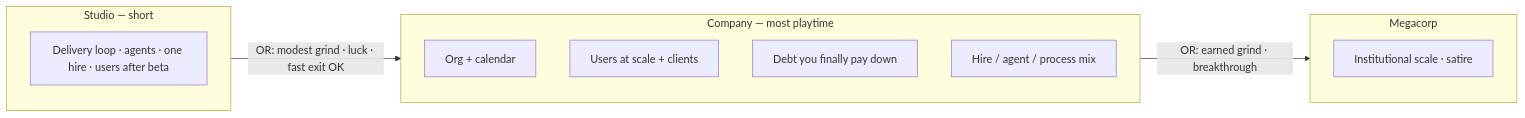
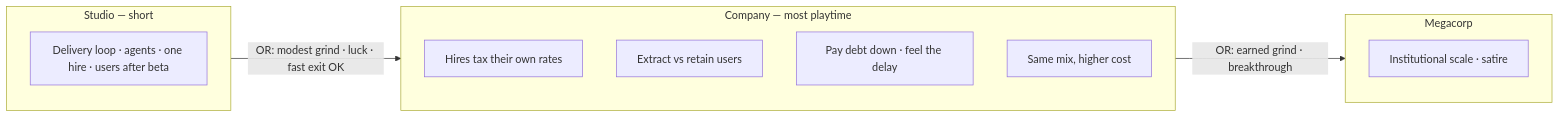
Before and after one commit to anne-markis/software-factory-the-game: the first of 2 diagrams in docs/superpowers/specs/2026-08-14-company-era-brainstorm.md, drawn with Mermaid. The commit also changed other lines of this file and 4 other files, not shown here.

````diff
--- a/docs/superpowers/specs/2026-08-14-company-era-brainstorm.md
+++ b/docs/superpowers/specs/2026-08-14-company-era-brainstorm.md
@@ -109,20 +139,20 @@
 ```mermaid
 flowchart LR
   subgraph ST["Studio — short"]
     loop[Delivery loop · agents · one hire · users after beta]
   end
 
   subgraph CO["Company — most playtime"]
-    org[Org + calendar]
-    market[Users at scale + clients]
-    debt[Debt you finally pay down]
-    meander[Hire / agent / process mix]
+    org[Hires tax their own rates]
+    market[Extract vs retain users]
+    debt[Pay debt down · feel the delay]
+    meander[Same mix, higher cost]
   end
 
   subgraph MC["Megacorp"]
     inst[Institutional scale · satire]
   end
 
   ST -->|"OR: modest grind · luck · fast exit OK"| CO
   CO -->|"OR: earned grind · breakthrough"| MC
 ```
````
